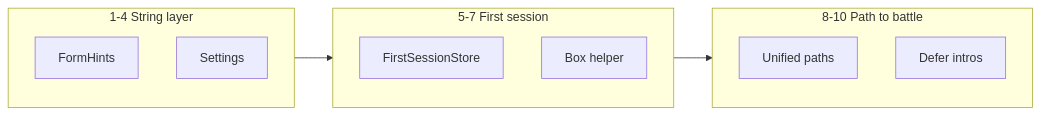
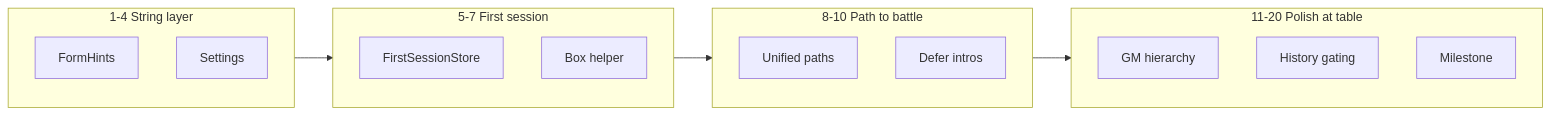
The diagram in FutureIdeas/NewPlayerTwentyRoundPlan.md (jacobrozell/TableTome), drawn with Mermaid before and after one commit. The commit also changed other lines of this file and 11 other files, not shown here.

````diff
--- a/FutureIdeas/NewPlayerTwentyRoundPlan.md
+++ b/FutureIdeas/NewPlayerTwentyRoundPlan.md
@@ -37,16 +37,21 @@
 ```mermaid
 flowchart LR
   subgraph p1 [1-4 String layer]
     R1[FormHints]
     R4[Settings]
   end
   subgraph p2 [5-7 First session]
     R5[FirstSessionStore]
     R7[Box helper]
   end
   subgraph p3 [8-10 Path to battle]
     R8[Unified paths]
     R10[Defer intros]
   end
-  p1 --> p2 --> p3
+  subgraph p4 [11-20 Polish at table]
+    R11[GM hierarchy]
+    R18[History gating]
+    R19[Milestone]
+  end
+  p1 --> p2 --> p3 --> p4
 ```
````
